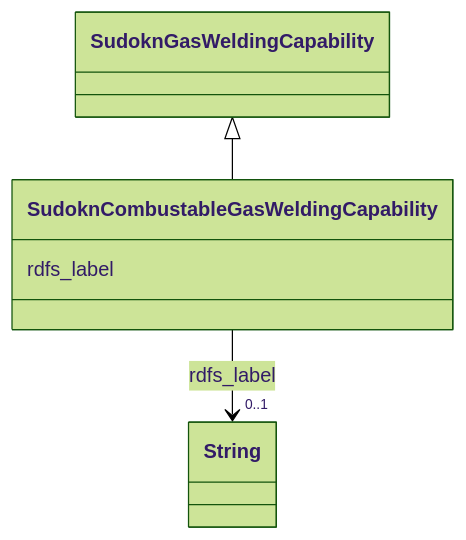
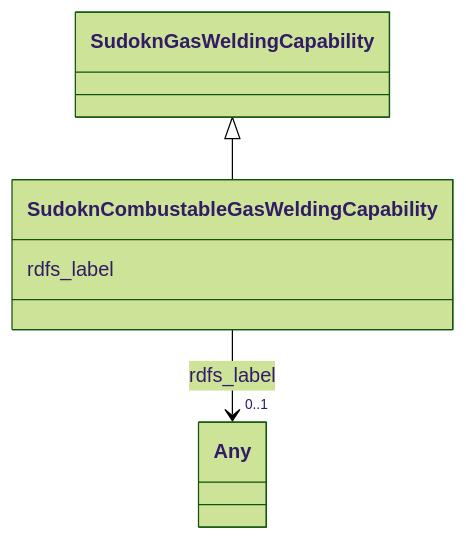
One commit to frink-okn/graph-descriptions changed the diagram in sudokn-kg/classes/SudoknCombustableGasWeldingCapability.md. Above: the diagram before and after it, drawn with Mermaid (forest theme). The commit also changed other lines of this file and 903 other files, not shown here.

````diff
--- a/sudokn-kg/classes/SudoknCombustableGasWeldingCapability.md
+++ b/sudokn-kg/classes/SudoknCombustableGasWeldingCapability.md
@@ -23,18 +16,18 @@
 ```mermaid
  classDiagram
     class SudoknCombustableGasWeldingCapability
     click SudoknCombustableGasWeldingCapability href "../SudoknCombustableGasWeldingCapability"
       SudoknGasWeldingCapability <|-- SudoknCombustableGasWeldingCapability
         click SudoknGasWeldingCapability href "../SudoknGasWeldingCapability"
       
       SudoknCombustableGasWeldingCapability : rdfs_label
         
           
     
     
-    SudoknCombustableGasWeldingCapability --> "0..1" String : rdfs_label
-    click String href "../String"
+    SudoknCombustableGasWeldingCapability --> "0..1" Any : rdfs_label
+    click Any href "../Any"
 
         
       
 ```
````
